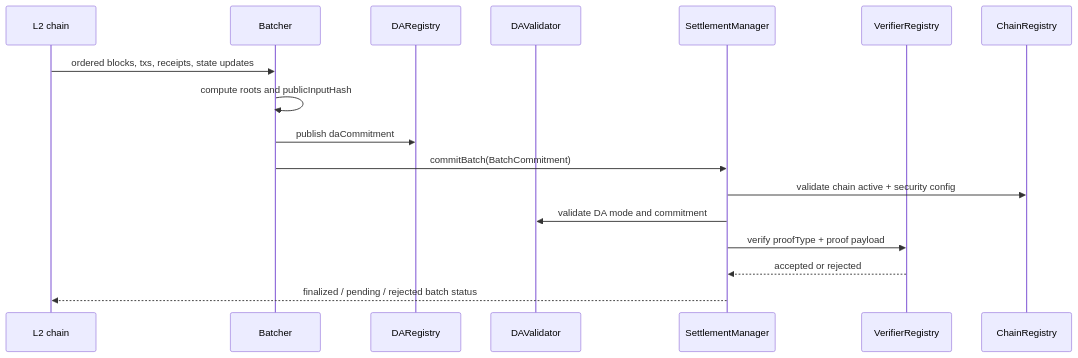
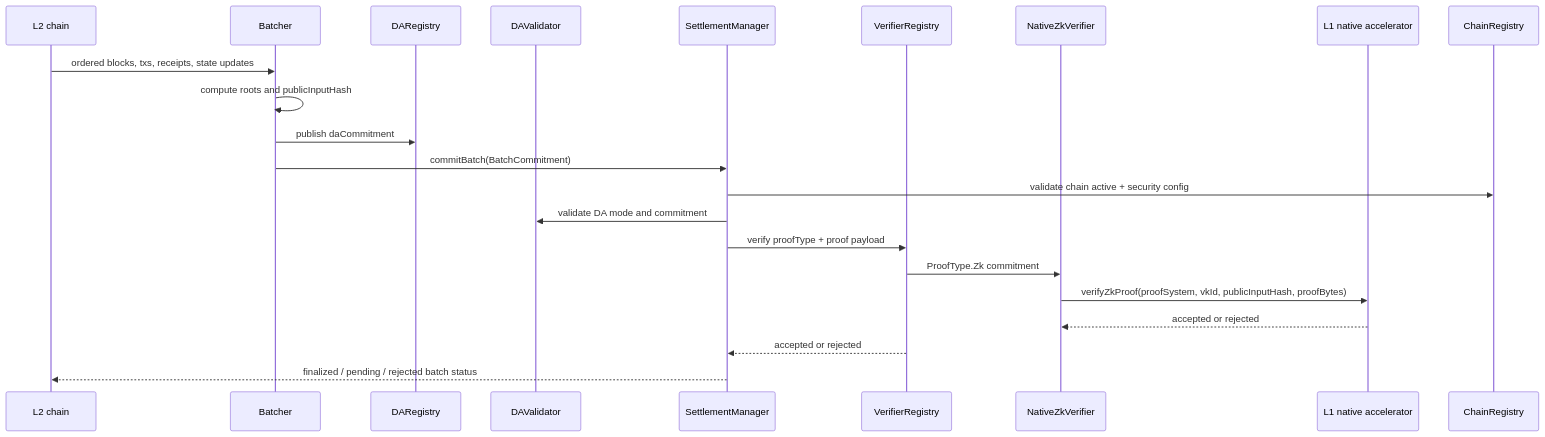
The fifth of 10 diagrams in docs/zh/neohub-architecture-and-workflows.md (r3e-network/neo-n4), drawn with Mermaid before and after one commit. The commit also changed other lines of this file and 50 other files, not shown here.

Commit message:
Add native-accelerated ZK verifier adapter

````diff
--- a/docs/zh/neohub-architecture-and-workflows.md
+++ b/docs/zh/neohub-architecture-and-workflows.md
@@ -206,20 +213,25 @@
 ```mermaid
 sequenceDiagram
     participant L2 as L2 chain
     participant Batcher as Batcher
     participant DA as DARegistry
     participant DAVal as DAValidator
     participant Settle as SettlementManager
     participant Verifier as VerifierRegistry
+    participant NativeZk as NativeZkVerifier
+    participant Native as L1 native accelerator
     participant Chain as ChainRegistry
 
     L2->>Batcher: ordered blocks, txs, receipts, state updates
     Batcher->>Batcher: compute roots and publicInputHash
     Batcher->>DA: publish daCommitment
     Batcher->>Settle: commitBatch(BatchCommitment)
     Settle->>Chain: validate chain active + security config
     Settle->>DAVal: validate DA mode and commitment
     Settle->>Verifier: verify proofType + proof payload
+    Verifier->>NativeZk: ProofType.Zk commitment
+    NativeZk->>Native: verifyZkProof(proofSystem, vkId, publicInputHash, proofBytes)
+    Native-->>NativeZk: accepted or rejected
     Verifier-->>Settle: accepted or rejected
     Settle-->>L2: finalized / pending / rejected batch status
 ```
````
